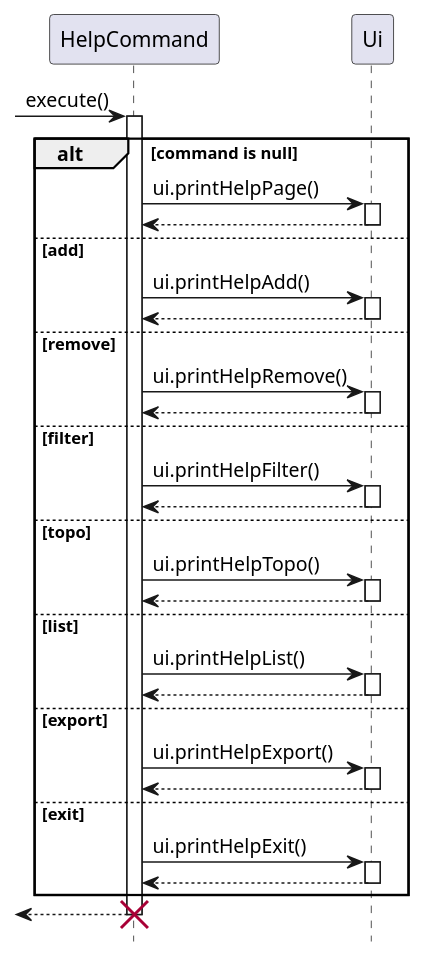
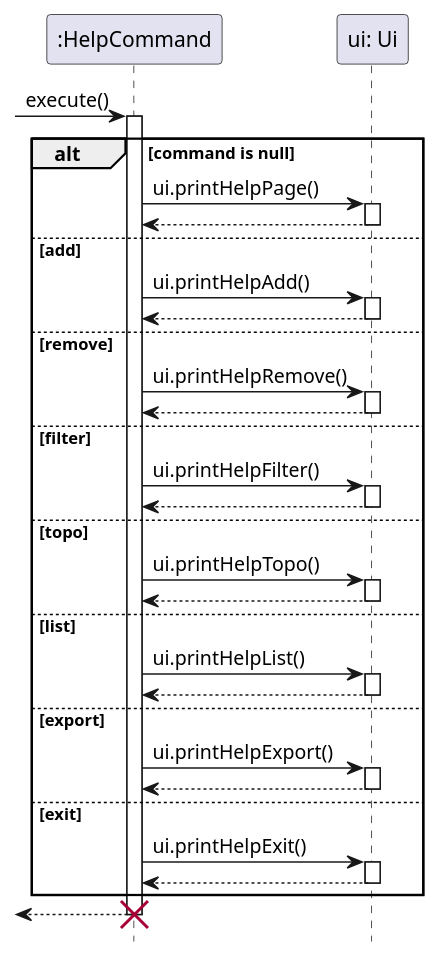
One commit to ong-ck/tp changed the diagram in docs/sequence-diagrams/source-files/HelpFeature.puml. Above: the diagram before and after it, drawn with PlantUML. The commit also changed 4 other files, not shown here.

Commit message:
Refactor Ui diagram to fit DG example

```diff
--- a/docs/sequence-diagrams/source-files/HelpFeature.puml
+++ b/docs/sequence-diagrams/source-files/HelpFeature.puml
@@ -1,51 +1,51 @@
 @startuml
 hide footbox
 
-participant HelpCommand as hc
-participant Ui as ui
+participant ":HelpCommand" as hc
+participant "ui: Ui" as ui
 
  -> hc : execute()
  activate hc
     alt command is null
     hc -> ui : ui.printHelpPage()
     activate ui
     return
 
     else add
     hc -> ui : ui.printHelpAdd()
     activate ui
     return
 
     else remove
     hc -> ui : ui.printHelpRemove()
     activate ui
     return
 
     else filter
     hc -> ui : ui.printHelpFilter()
     activate ui
     return
 
     else topo
     hc -> ui : ui.printHelpTopo()
     activate ui
     return
 
     else list
     hc -> ui : ui.printHelpList()
     activate ui
     return
 
     else export
     hc -> ui : ui.printHelpExport()
     activate ui
     return
 
     else exit
     hc -> ui : ui.printHelpExit()
     activate ui
     return
    end
 <-- hc
 destroy hc
 @enduml
```
